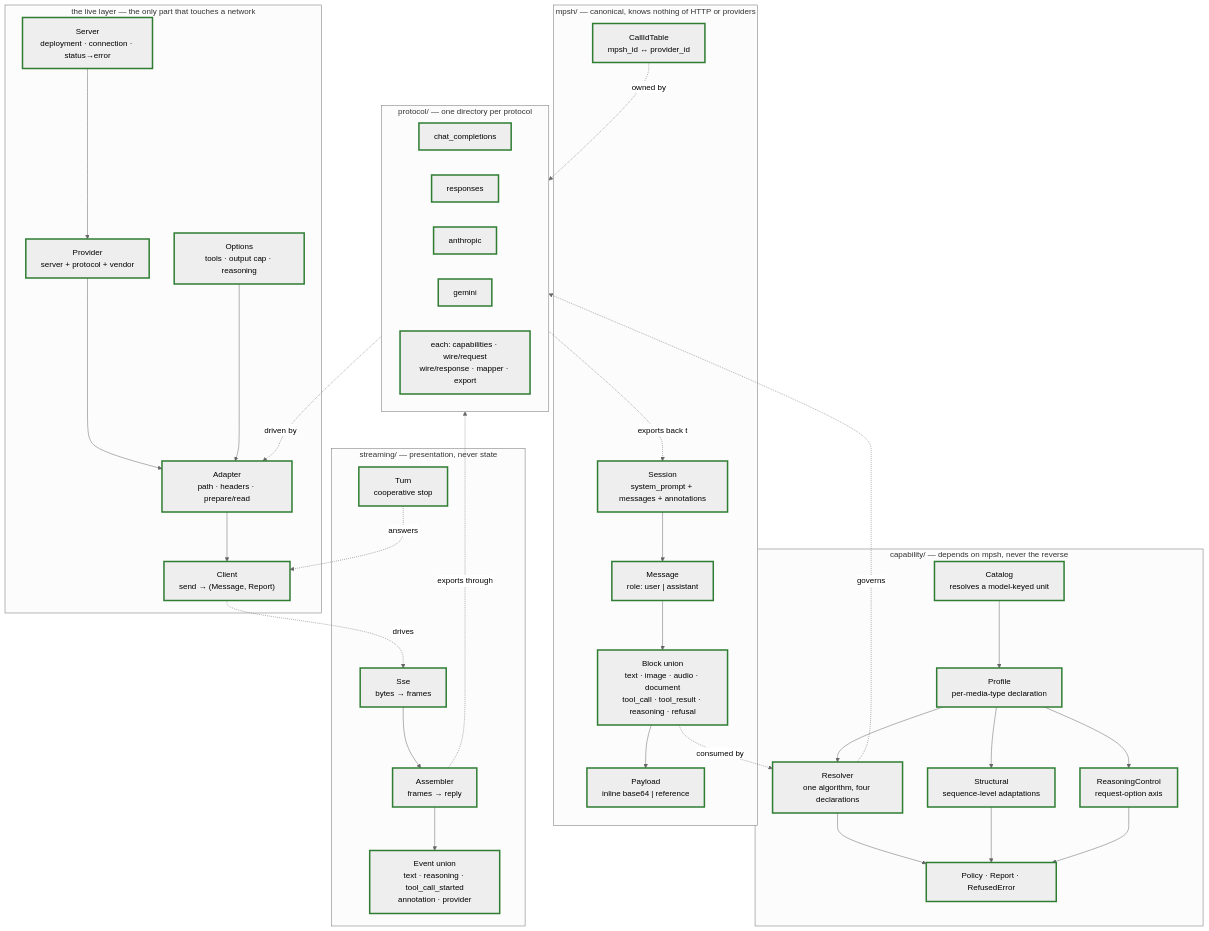
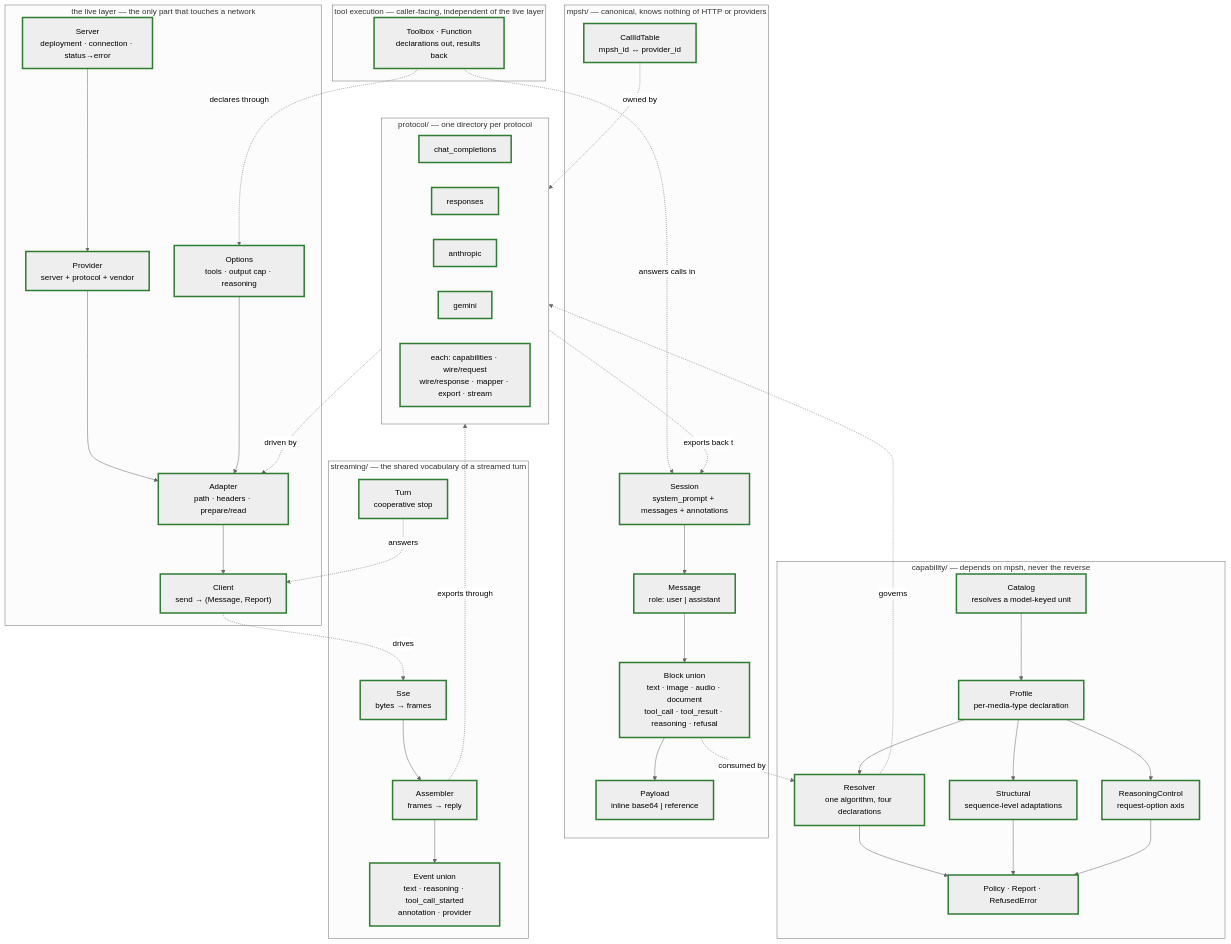
Before and after one commit to ModelArmy/liaison.cr: the first of 6 diagrams in DEVELOPMENT.md, drawn with Mermaid (neutral theme). The commit also changed other lines of this file and 74 other files, not shown here.

````diff
--- a/DEVELOPMENT.md
+++ b/DEVELOPMENT.md
@@ -61,66 +60,72 @@
 ```mermaid
 flowchart TB
     subgraph MPSH["mpsh/ — canonical, knows nothing of HTTP or providers"]
         S["Session<br/>system_prompt + messages + annotations"]
         M["Message<br/>role: user | assistant"]
         B["Block union<br/>text · image · audio · document<br/>tool_call · tool_result · reasoning · refusal"]
         P["Payload<br/>inline base64 | reference"]
         T["CallIdTable<br/>mpsh_id ↔ provider_id"]
         S --> M --> B --> P
     end
 
     subgraph CAP["capability/ — depends on mpsh, never the reverse"]
         PR["Profile<br/>per-media-type declaration"]
         R["Resolver<br/>one algorithm, four declarations"]
         ST["Structural<br/>sequence-level adaptations"]
         PO["Policy · Report · RefusedError"]
         RC["ReasoningControl<br/>request-option axis"]
         CT["Catalog<br/>resolves a model-keyed unit"]
         PR --> R
         PR --> ST
         PR --> RC
         CT --> PR
         R --> PO
         ST --> PO
         RC --> PO
     end
 
     subgraph PROTO["protocol/ — one directory per protocol"]
         C1["chat_completions"]
         C2["responses"]
         C3["anthropic"]
         C4["gemini"]
-        W["each: capabilities · wire/request<br/>wire/response · mapper · export"]
+        W["each: capabilities · wire/request<br/>wire/response · mapper · export · stream"]
     end
 
-    subgraph STREAM["streaming/ — presentation, never state"]
+    subgraph STREAM["streaming/ — the shared vocabulary of a streamed turn"]
         SSE["Sse<br/>bytes → frames"]
         AS["Assembler<br/>frames → reply"]
         EV["Event union<br/>text · reasoning · tool_call_started<br/>annotation · provider"]
         TU["Turn<br/>cooperative stop"]
         SSE --> AS --> EV
     end
 
     subgraph LIVE["the live layer — the only part that touches a network"]
         SV["Server<br/>deployment · connection · status→error"]
         PV["Provider<br/>server + protocol + vendor"]
         AD["Adapter<br/>path · headers · prepare/read"]
         CL["Client<br/>send → (Message, Report)"]
         OP["Options<br/>tools · output cap · reasoning"]
         SV --> PV --> AD --> CL
         OP --> AD
     end
 
+    subgraph TOOLS["tool execution — caller-facing, independent of the live layer"]
+        TB["Toolbox · Function<br/>declarations out, results back"]
+    end
+
     AS -.exports through.-> PROTO
     CL -.drives.-> SSE
     TU -.answers.-> CL
+    TB -.declares through.-> OP
+    TB -.answers calls in.-> S
 
     B -.consumed by.-> R
     R -.governs.-> PROTO
     T -.owned by.-> PROTO
     PROTO -.exports back to.-> S
     PROTO -.driven by.-> AD
 
     classDef built stroke:#2e7d32,stroke-width:3px
-    class S,M,B,P,T,PR,R,ST,PO,RC,CT,C1,C2,C3,C4,W,SV,PV,AD,CL,OP,SSE,AS,EV,TU built
+    class S,M,B,P,T,PR,R,ST,PO,RC,CT,C1,C2,C3,C4,W,SV,PV,AD,CL,OP,SSE,AS,EV,TU,TB built
 ```
````
